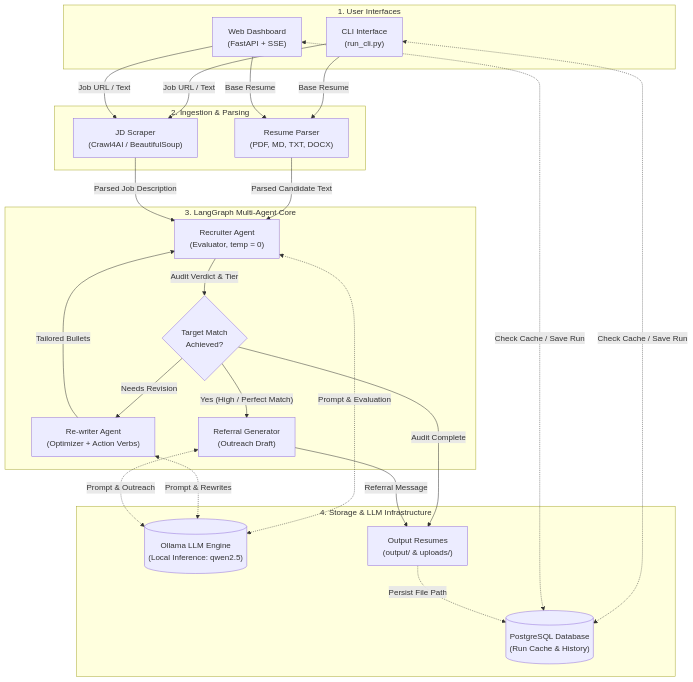
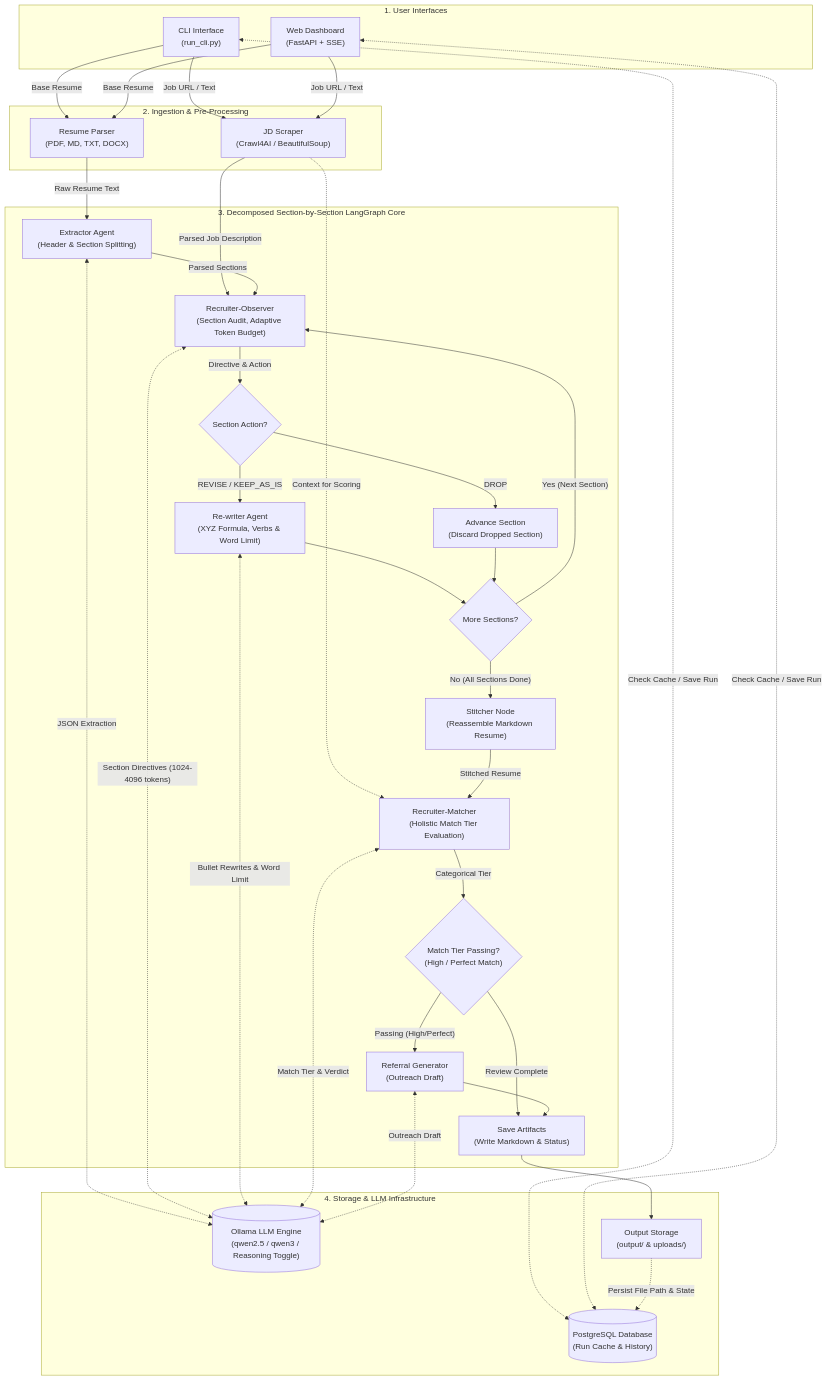
Before and after one commit to tintin-newb/resume-rewriter: the diagram in README.md, drawn with Mermaid. The commit also changed other lines of this file, not shown here.

Commit message:
Enhance README with detailed agent descriptions and clarify resume processing flow

````diff
--- a/README.md
+++ b/README.md
@@ -23,57 +26,75 @@
 ```mermaid
 flowchart TD
     %% User Interfaces / Clients
     subgraph Clients["1. User Interfaces"]
         CLI["CLI Interface<br/>(run_cli.py)"]
         WEB["Web Dashboard<br/>(FastAPI + SSE)"]
     end
 
     %% Ingestion Layer
-    subgraph Ingestion["2. Ingestion & Parsing"]
+    subgraph Ingestion["2. Ingestion & Pre-Processing"]
         RP["Resume Parser<br/>(PDF, MD, TXT, DOCX)"]
         JDS["JD Scraper<br/>(Crawl4AI / BeautifulSoup)"]
     end
 
     %% Core Multi-Agent Orchestration
-    subgraph Agents["3. LangGraph Multi-Agent Core"]
-        REC["Recruiter Agent<br/>(Evaluator, temp = 0)"]
-        DEC{"Target Match<br/>Achieved?"}
-        REW["Re-writer Agent<br/>(Optimizer + Action Verbs)"]
+    subgraph Agents["3. Decomposed Section-by-Section LangGraph Core"]
+        EXT["Extractor Agent<br/>(Header & Section Splitting)"]
+        OBS["Recruiter-Observer<br/>(Section Audit, Adaptive Token Budget)"]
+        ACT{"Section Action?"}
+        REW["Re-writer Agent<br/>(XYZ Formula, Verbs & Word Limit)"]
+        ADV["Advance Section<br/>(Discard Dropped Section)"]
+        MORE{"More Sections?"}
+        STI["Stitcher Node<br/>(Reassemble Markdown Resume)"]
+        MAT["Recruiter-Matcher<br/>(Holistic Match Tier Evaluation)"]
+        TIER{"Match Tier Passing?<br/>(High / Perfect Match)"}
         REF["Referral Generator<br/>(Outreach Draft)"]
+        SAVE["Save Artifacts<br/>(Write Markdown & Status)"]
     end
 
     %% Storage & External Infrastructure
     subgraph Storage["4. Storage & LLM Infrastructure"]
-        OLLAMA[("Ollama LLM Engine<br/>(Local Inference: qwen2.5)")]
+        OLLAMA[("Ollama LLM Engine<br/>(qwen2.5 / qwen3 / Reasoning Toggle)")]
         DB[("PostgreSQL Database<br/>(Run Cache & History)")]
-        OUT["Output Resumes<br/>(output/ & uploads/)"]
+        OUT["Output Storage<br/>(output/ & uploads/)"]
     end
 
     %% Client communication
     CLI -->|"Base Resume"| RP
     CLI -->|"Job URL / Text"| JDS
     WEB -->|"Base Resume"| RP
     WEB -->|"Job URL / Text"| JDS
     CLI <-.->|"Check Cache / Save Run"| DB
     WEB <-.->|"Check Cache / Save Run"| DB
 
     %% Ingestion to Agents
-    RP -->|"Parsed Candidate Text"| REC
-    JDS -->|"Parsed Job Description"| REC
+    RP -->|"Raw Resume Text"| EXT
+    JDS -->|"Parsed Job Description"| OBS
+    JDS -.->|"Context for Scoring"| MAT
 
-    %% Evaluator-Optimizer Feedback Loop
-    REC -->|"Audit Verdict & Tier"| DEC
-    DEC -->|"Needs Revision"| REW
-    REW -->|"Tailored Bullets"| REC
+    %% Section-by-Section Orchestration Loop
+    EXT -->|"Parsed Sections"| OBS
+    OBS -->|"Directive & Action"| ACT
+    ACT -->|"REVISE / KEEP_AS_IS"| REW
+    ACT -->|"DROP"| ADV
+    REW --> MORE
+    ADV --> MORE
+    MORE -->|"Yes (Next Section)"| OBS
+    MORE -->|"No (All Sections Done)"| STI
 
-    %% Workflow Completion
-    DEC -->|"Yes (High / Perfect Match)"| REF
-    DEC -->|"Audit Complete"| OUT
-    REF -->|"Referral Message"| OUT
-    OUT -.->|"Persist File Path"| DB
+    %% Holistic Matching & Output Flow
+    STI -->|"Stitched Resume"| MAT
+    MAT -->|"Categorical Tier"| TIER
+    TIER -->|"Passing (High/Perfect)"| REF
+    TIER -->|"Review Complete"| SAVE
+    REF --> SAVE
+    SAVE --> OUT
+    OUT -.->|"Persist File Path & State"| DB
 
     %% LLM Invocations
-    REC <-.->|"Prompt & Evaluation"| OLLAMA
-    REW <-.->|"Prompt & Rewrites"| OLLAMA
-    REF <-.->|"Prompt & Outreach"| OLLAMA
+    EXT <-.->|"JSON Extraction"| OLLAMA
+    OBS <-.->|"Section Directives (1024-4096 tokens)"| OLLAMA
+    REW <-.->|"Bullet Rewrites & Word Limit"| OLLAMA
+    MAT <-.->|"Match Tier & Verdict"| OLLAMA
+    REF <-.->|"Outreach Draft"| OLLAMA
 ```
````
